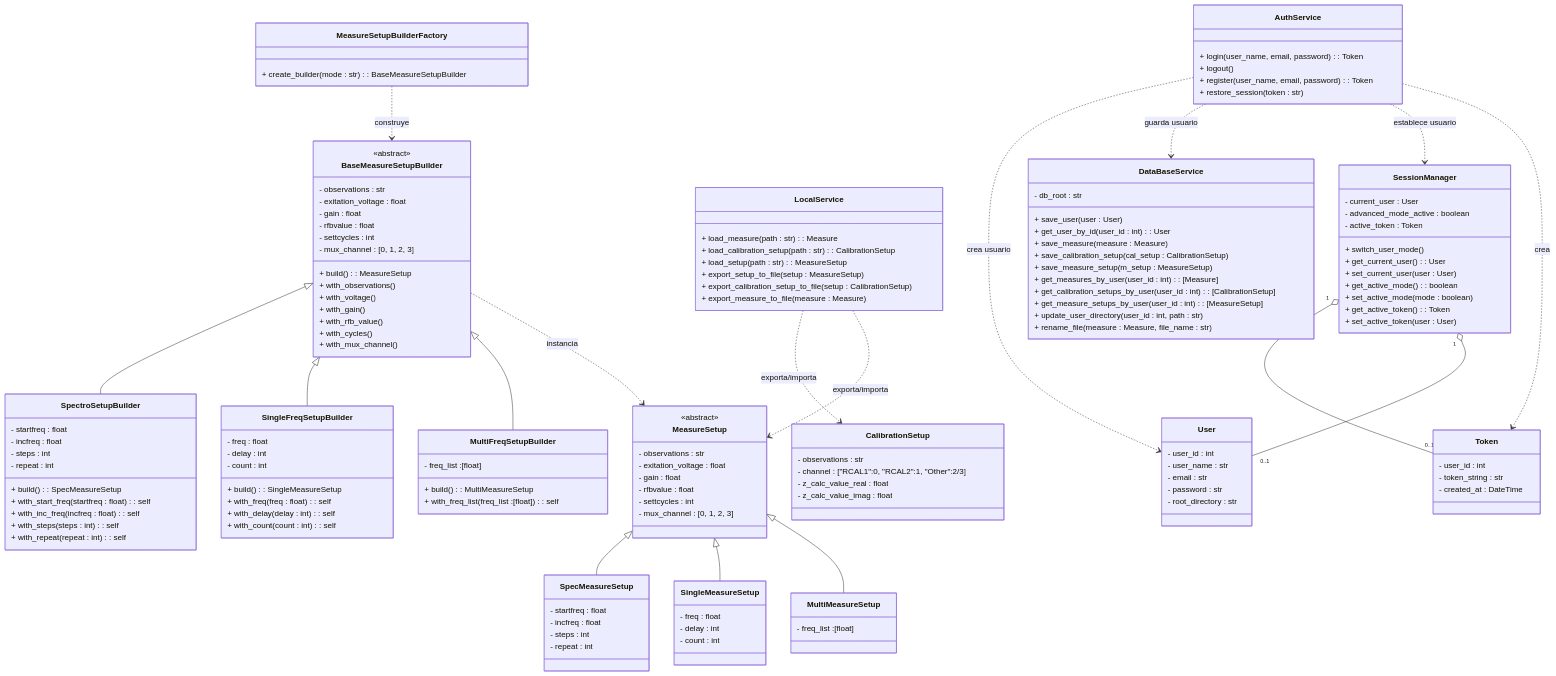
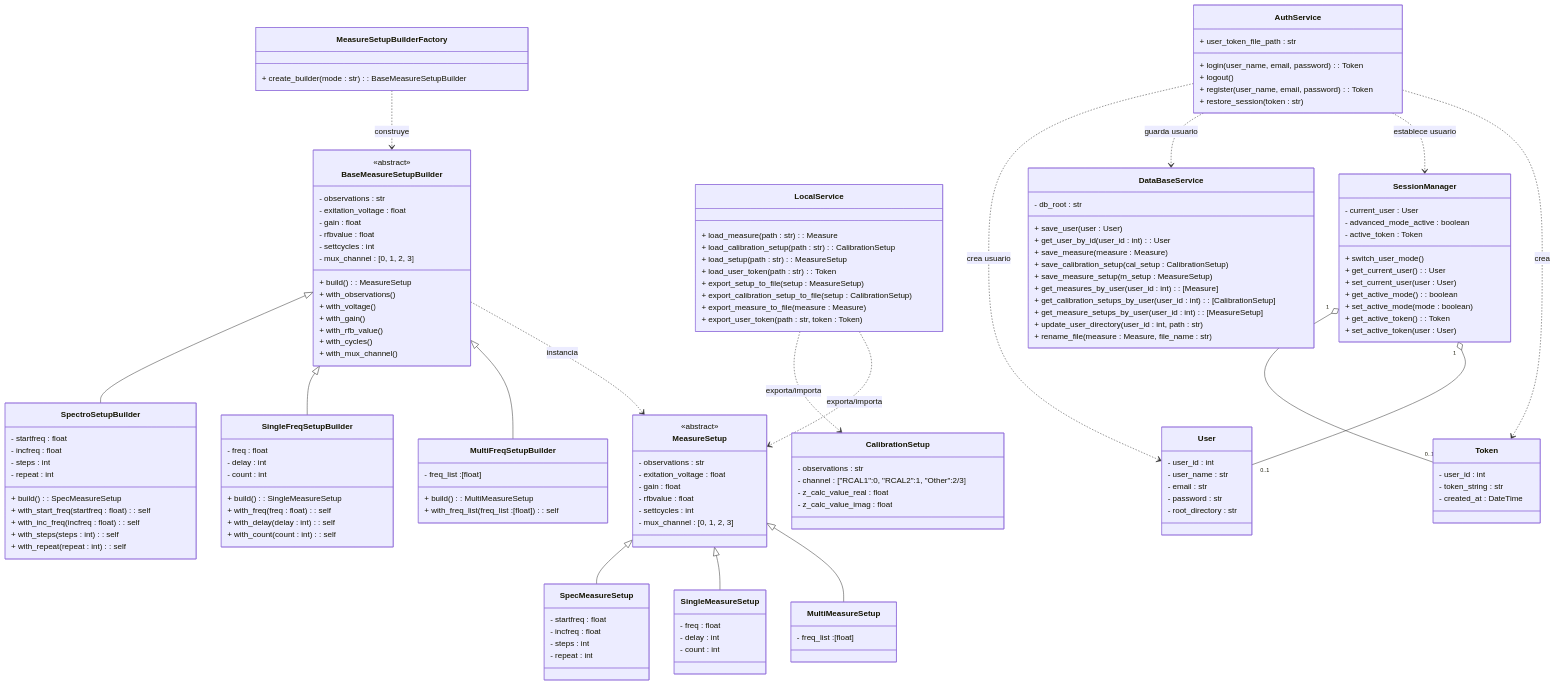
Before and after one commit to alegrelias/Repo-GMini: the fifth of 6 diagrams in Gmini-MarkDown/Diagramas/Clases Conceptuales.md, drawn with Mermaid. The commit also changed other lines of this file, not shown here.

Commit message:
Se modifica diagrama de clases

```diff
--- a/Gmini-MarkDown/Diagramas/Clases Conceptuales.md
+++ b/Gmini-MarkDown/Diagramas/Clases Conceptuales.md
@@ -809,6 +812,7 @@
 }
 
 class AuthService{
+	+ user_token_file_path : str
 	+ login(user_name, email, password) : Token
 	+ logout()
 	+ register(user_name, email, password) : Token
@@ -826,9 +830,11 @@
 	+ load_measure(path : str) : Measure
 	+ load_calibration_setup(path : str) : CalibrationSetup
 	+ load_setup(path : str) : MeasureSetup
+	+ load_user_token(path : str) : Token
 	+ export_setup_to_file(setup : MeasureSetup)
 	+ export_calibration_setup_to_file(setup : CalibrationSetup)
 	+ export_measure_to_file(measure : Measure)
+	+ export_user_token(path : str, token : Token)
 }
 class DataBaseService{
 	- db_root : str
```
